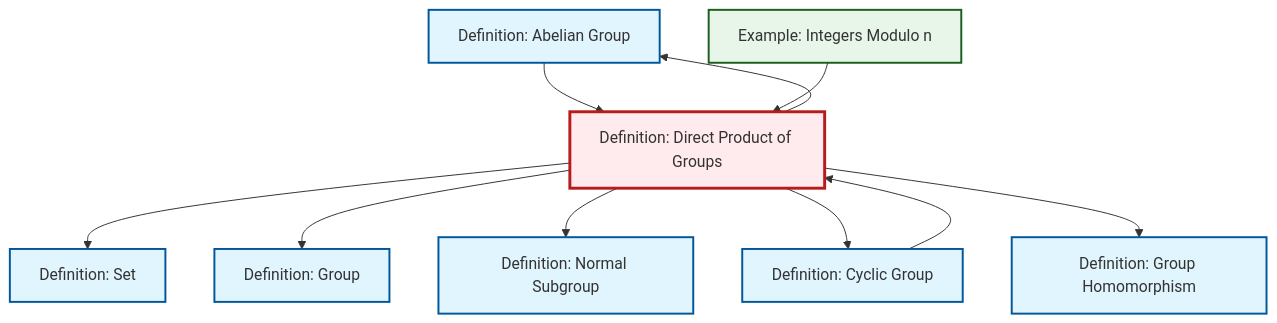
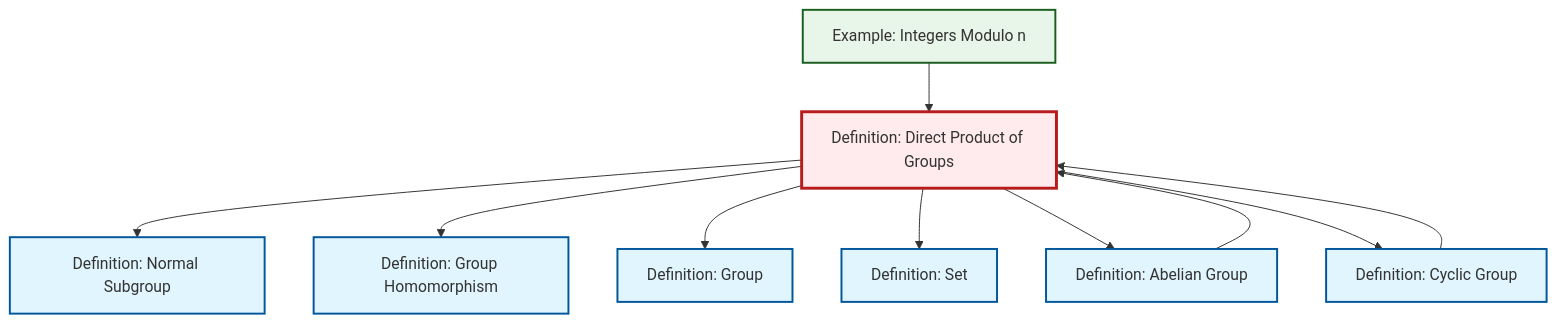
The diagram in content/ja/algebra/def-direct-product.qmd (RK0429/ModernMath), drawn with Mermaid before and after one commit. The commit also changed other lines of this file and 554 other files, not shown here.

````diff
--- a/content/ja/algebra/def-direct-product.qmd
+++ b/content/ja/algebra/def-direct-product.qmd
@@ -25,34 +25,34 @@
 ```{mermaid}
 %%| fig-cap: "Local dependency graph"
 graph TD
     classDef definition fill:#e1f5fe,stroke:#01579b,stroke-width:2px
     classDef theorem fill:#f3e5f5,stroke:#4a148c,stroke-width:2px
     classDef axiom fill:#fff3e0,stroke:#e65100,stroke-width:2px
     classDef example fill:#e8f5e9,stroke:#1b5e20,stroke-width:2px
     classDef current fill:#ffebee,stroke:#b71c1c,stroke-width:3px
+    def-direct-product["Definition: Direct Product of Groups"]:::definition
     def-abelian-group["Definition: Abelian Group"]:::definition
+    ex-quotient-integers-mod-n["Example: Integers Modulo n"]:::example
     def-cyclic-group["Definition: Cyclic Group"]:::definition
+    def-group["Definition: Group"]:::definition
     def-set["Definition: Set"]:::definition
-    def-group["Definition: Group"]:::definition
     def-normal-subgroup["Definition: Normal Subgroup"]:::definition
-    ex-quotient-integers-mod-n["Example: Integers Modulo n"]:::example
-    def-direct-product["Definition: Direct Product of Groups"]:::definition
     def-homomorphism["Definition: Group Homomorphism"]:::definition
-    def-direct-product --> def-set
-    def-abelian-group --> def-direct-product
-    def-direct-product --> def-group
     def-direct-product --> def-normal-subgroup
-    def-cyclic-group --> def-direct-product
-    def-direct-product --> def-cyclic-group
     def-direct-product --> def-homomorphism
     ex-quotient-integers-mod-n --> def-direct-product
+    def-direct-product --> def-group
+    def-direct-product --> def-set
     def-direct-product --> def-abelian-group
+    def-abelian-group --> def-direct-product
+    def-direct-product --> def-cyclic-group
+    def-cyclic-group --> def-direct-product
     class def-direct-product current
     click def-abelian-group "def-abelian-group.html" "Definition: Abelian Groupへ"
+    click ex-quotient-integers-mod-n "ex-quotient-integers-mod-n.html" "Example: Integers Modulo nへ"
     click def-cyclic-group "def-cyclic-group.html" "Definition: Cyclic Groupへ"
+    click def-group "def-group.html" "Definition: Groupへ"
     click def-set "def-set.html" "Definition: Setへ"
-    click def-group "def-group.html" "Definition: Groupへ"
     click def-normal-subgroup "def-normal-subgroup.html" "Definition: Normal Subgroupへ"
-    click ex-quotient-integers-mod-n "ex-quotient-integers-mod-n.html" "Example: Integers Modulo nへ"
     click def-homomorphism "def-homomorphism.html" "Definition: Group Homomorphismへ"
 ```
````
